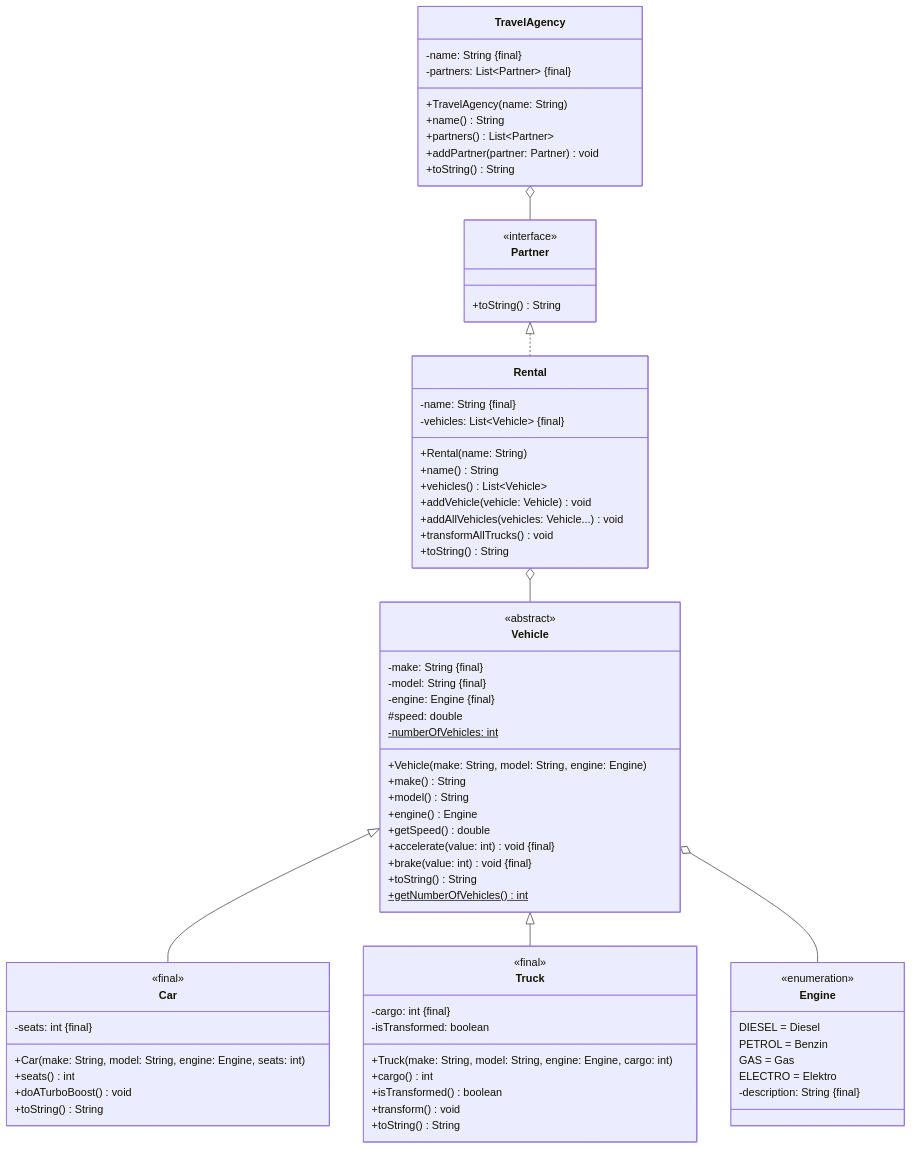
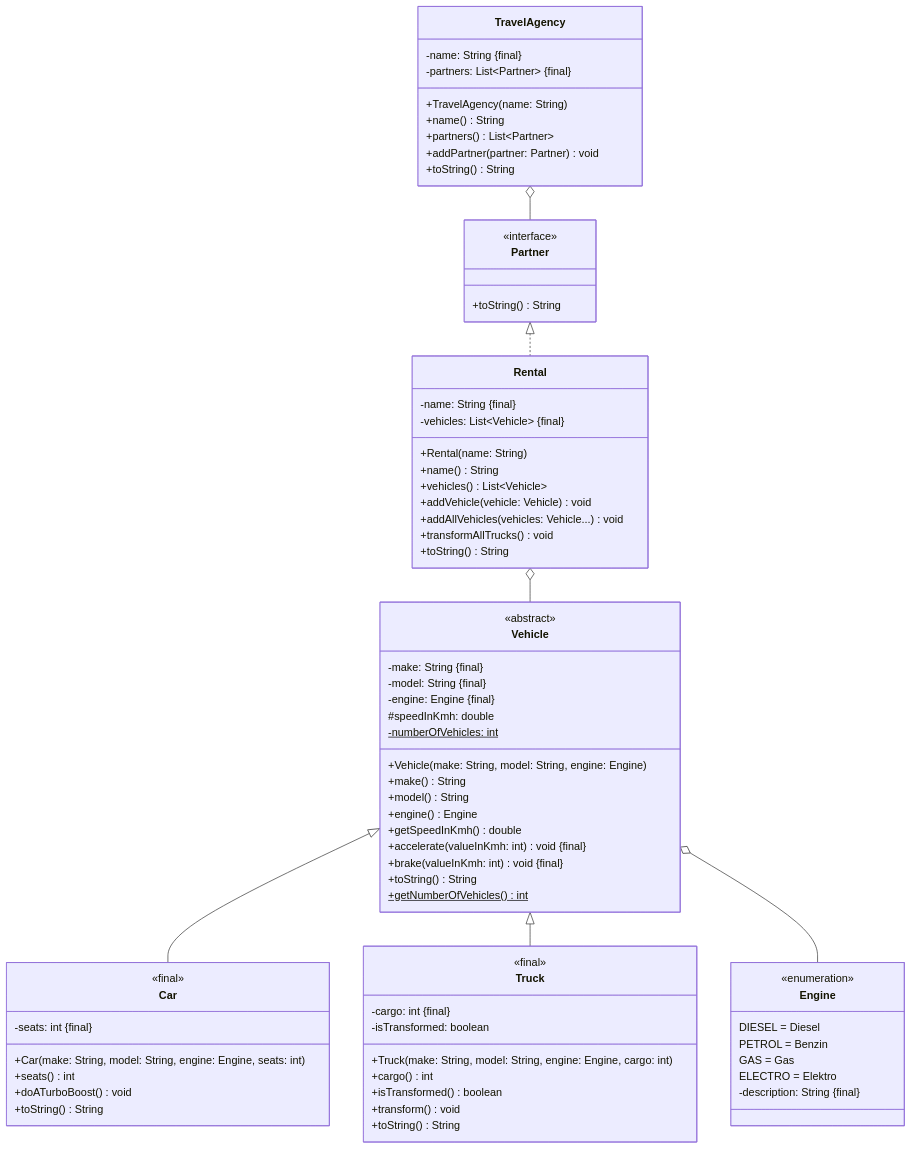
One commit to jappuccini/java-docs changed the diagram in docs/exercises/interfaces/interfaces01.mdx. Above: the diagram before and after it, drawn with Mermaid. The commit also changed 13 other files, not shown here.

```diff
--- a/docs/exercises/interfaces/interfaces01.mdx
+++ b/docs/exercises/interfaces/interfaces01.mdx
@@ -30,15 +30,15 @@
         -make: String &#123final&#125
         -model: String &#123final&#125
         -engine: Engine &#123final&#125
-        #speed: double
+        #speedInKmh: double
         -numberOfVehicles: int$
         +Vehicle(make: String, model: String, engine: Engine)
         +make() String
         +model() String
         +engine() Engine
-        +getSpeed() double
-        +accelerate(value: int) void &#123final&#125
-        +brake(value: int) void &#123final&#125
+        +getSpeedInKmh() double
+        +accelerate(valueInKmh: int) void &#123final&#125
+        +brake(valueInKmh: int) void &#123final&#125
         +toString() String
         +getNumberOfVehicles()$ int
     }
```
